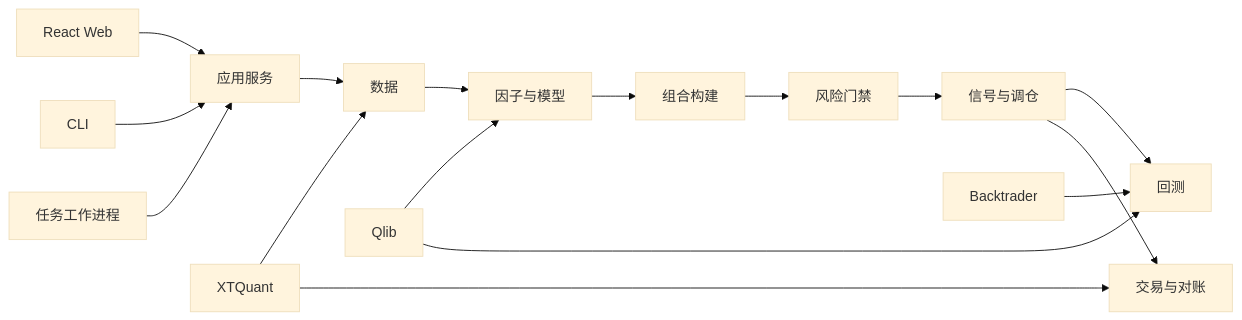
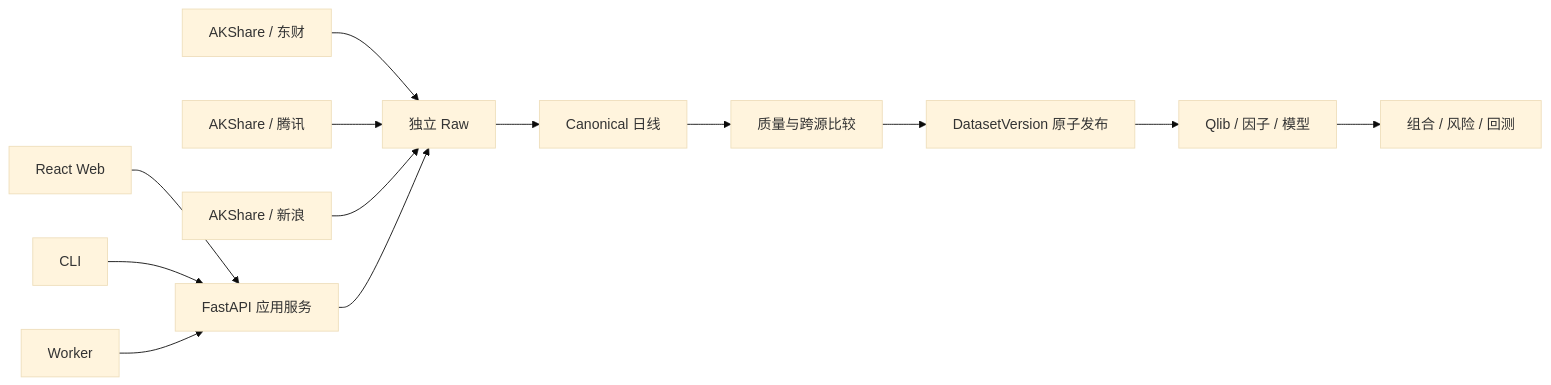
One commit to UselessRoman/QuantKingV3 changed the diagram in docs/ARCHITECTURE.md. Above: the diagram before and after it, drawn with Mermaid (base theme). The commit also changed other lines of this file and 130 other files, not shown here.

Commit message:
refactor(stage1): rebaseline data sources on AKShare

````diff
--- a/docs/ARCHITECTURE.md
+++ b/docs/ARCHITECTURE.md
@@ -11,20 +7,15 @@
 ```mermaid
 flowchart LR
-    UI["React Web"] --> APP["应用服务"]
+    EM["AKShare / 东财"] --> RAW["独立 Raw"]
+    TX["AKShare / 腾讯"] --> RAW
+    SN["AKShare / 新浪"] --> RAW
+    RAW --> CAN["Canonical 日线"]
+    CAN --> QA["质量与跨源比较"]
+    QA --> PUB["DatasetVersion 原子发布"]
+    PUB --> RESEARCH["Qlib / 因子 / 模型"]
+    RESEARCH --> PORTFOLIO["组合 / 风险 / 回测"]
+    WEB["React Web"] --> APP["FastAPI 应用服务"]
     CLI["CLI"] --> APP
-    WORKER["任务工作进程"] --> APP
-
-    APP --> DATA["数据"]
-    DATA --> RESEARCH["因子与模型"]
-    RESEARCH --> PORTFOLIO["组合构建"]
-    PORTFOLIO --> RISK["风险门禁"]
-    RISK --> SIGNALS["信号与调仓"]
-    SIGNALS --> BACKTEST["回测"]
-    SIGNALS --> TRADING["交易与对账"]
-
-    XT["XTQuant"] --> DATA
-    XT --> TRADING
-    QLIB["Qlib"] --> RESEARCH
-    QLIB --> BACKTEST
-    BT["Backtrader"] --> BACKTEST
+    WORKER["Worker"] --> APP
+    APP --> RAW
 ```
````
